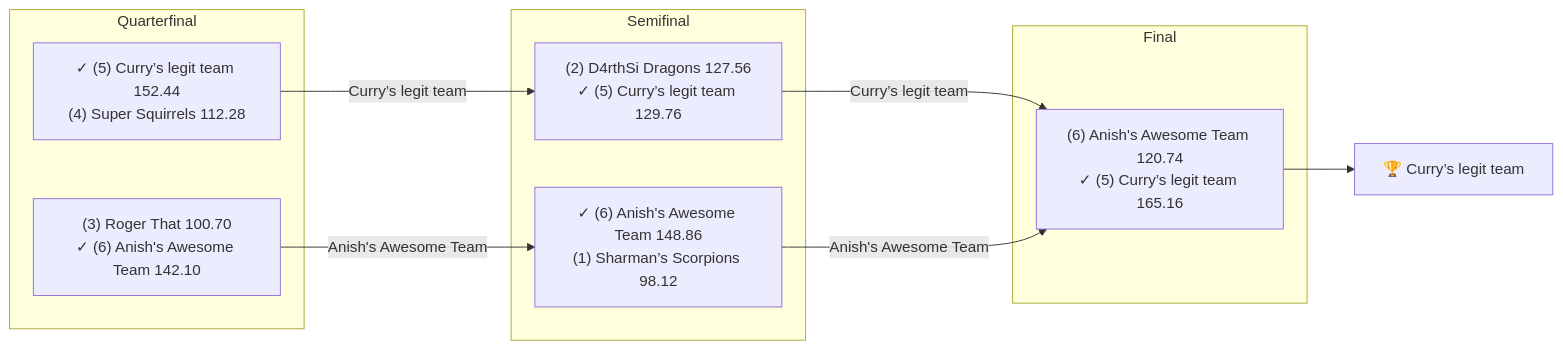
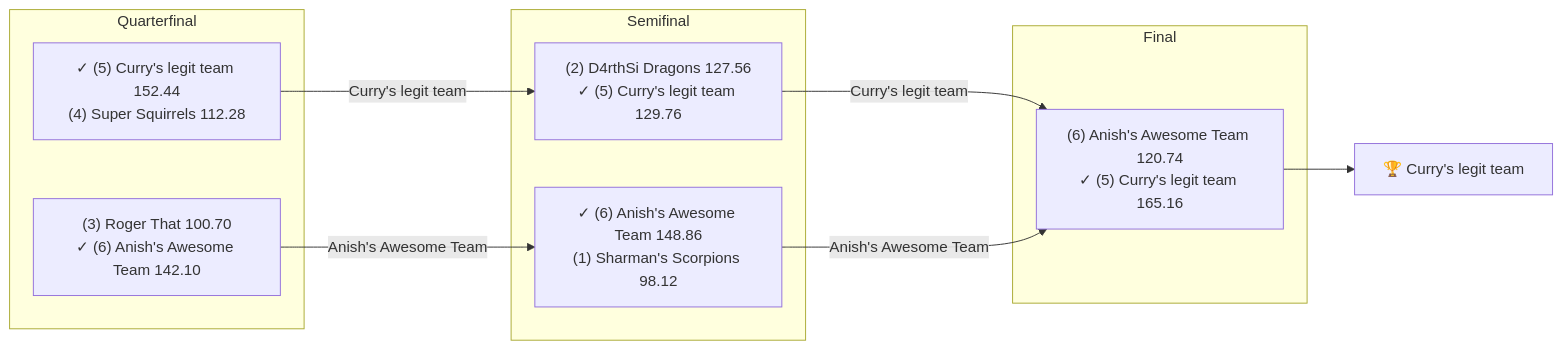
One commit to narenp12/pine-hills-wiki changed the diagram in zensical/docs/seasons/2018-season.md. Above: the diagram before and after it, drawn with Mermaid. The commit also changed other lines of this file and 699 other files, not shown here.

````diff
--- a/zensical/docs/seasons/2018-season.md
+++ b/zensical/docs/seasons/2018-season.md
@@ -32,19 +32,19 @@
 ```mermaid
 flowchart LR
     subgraph RQuarterfinal["Quarterfinal"]
         W14G1["(3) Roger That 100.70<br>✓ (6) Anish's Awesome Team 142.10"]
-        W14G2["✓ (5) Curry’s legit team 152.44<br>(4) Super Squirrels 112.28"]
+        W14G2["✓ (5) Curry's legit team 152.44<br>(4) Super Squirrels 112.28"]
     end
     subgraph RSemifinal["Semifinal"]
-        W15G1["(2) D4rthSi Dragons 127.56<br>✓ (5) Curry’s legit team 129.76"]
-        W15G2["✓ (6) Anish's Awesome Team 148.86<br>(1) Sharman’s Scorpions 98.12"]
+        W15G1["(2) D4rthSi Dragons 127.56<br>✓ (5) Curry's legit team 129.76"]
+        W15G2["✓ (6) Anish's Awesome Team 148.86<br>(1) Sharman's Scorpions 98.12"]
     end
     subgraph RFinal["Final"]
-        W16G1["(6) Anish's Awesome Team 120.74<br>✓ (5) Curry’s legit team 165.16"]
+        W16G1["(6) Anish's Awesome Team 120.74<br>✓ (5) Curry's legit team 165.16"]
     end
     W14G1 -->|"Anish's Awesome Team"| W15G2
-    W14G2 -->|"Curry’s legit team"| W15G1
-    W15G1 -->|"Curry’s legit team"| W16G1
+    W14G2 -->|"Curry's legit team"| W15G1
+    W15G1 -->|"Curry's legit team"| W16G1
     W15G2 -->|"Anish's Awesome Team"| W16G1
-    W16G1 --> CHAMP["🏆 Curry’s legit team"]
+    W16G1 --> CHAMP["🏆 Curry's legit team"]
 ```
````
